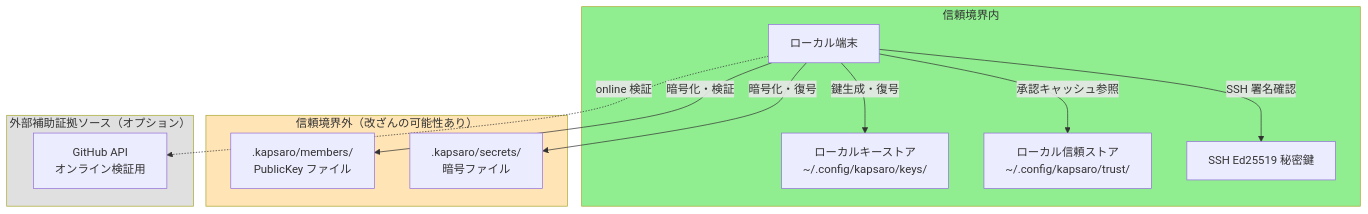
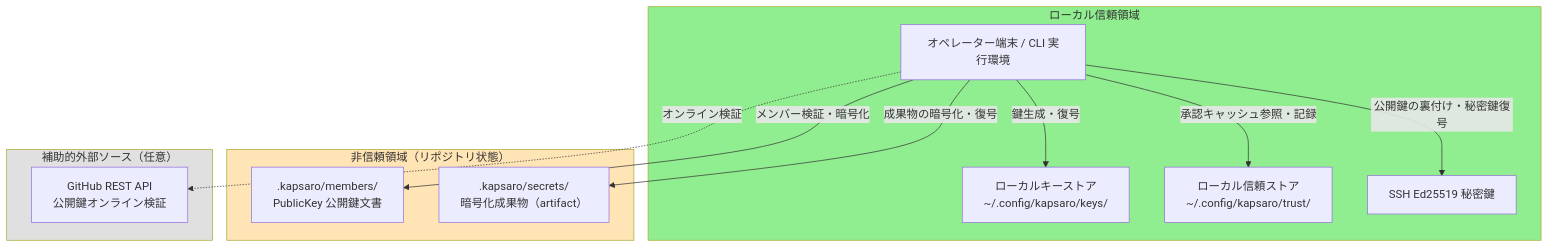
One commit to ebisawa/kapsaro changed the first of 6 diagrams in guides/security_design_ja.md. Above: the diagram before and after it, drawn with Mermaid. The commit also changed other lines of this file and 12 other files, not shown here.

````diff
--- a/guides/security_design_ja.md
+++ b/guides/security_design_ja.md
@@ -165,29 +163,29 @@
 ```mermaid
 graph TB
-    subgraph trusted["信頼境界内"]
-        LocalTerminal[ローカル端末]
+    subgraph trusted["ローカル信頼領域"]
+        LocalTerminal["オペレーター端末 / CLI 実行環境"]
         LocalKeystore["ローカルキーストア<br/>~/.config/kapsaro/keys/"]
         LocalTrustStore["ローカル信頼ストア<br/>~/.config/kapsaro/trust/"]
-        SSHKey[SSH Ed25519 秘密鍵]
+        SSHKey["SSH Ed25519 秘密鍵"]
     end
 
-    subgraph untrusted["信頼境界外（改ざんの可能性あり）"]
-        MembersDir[".kapsaro/members/<br/>PublicKey ファイル"]
-        SecretsDir[".kapsaro/secrets/<br/>暗号ファイル"]
+    subgraph untrusted["非信頼領域（リポジトリ状態）"]
+        MembersDir[".kapsaro/members/<br/>PublicKey 公開鍵文書"]
+        SecretsDir[".kapsaro/secrets/<br/>暗号化成果物（artifact）"]
     end
 
-    subgraph external["外部補助証拠ソース（オプション）"]
-        GitHub["GitHub API<br/>オンライン検証用"]
+    subgraph external["補助的外部ソース（任意）"]
+        GitHub["GitHub REST API<br/>公開鍵オンライン検証"]
     end
 
-    LocalTerminal -->|鍵生成・復号| LocalKeystore
-    LocalTerminal -->|承認キャッシュ参照| LocalTrustStore
-    LocalTerminal -->|SSH 署名確認| SSHKey
-    LocalTerminal -->|暗号化・検証| MembersDir
-    LocalTerminal -->|暗号化・復号| SecretsDir
-    LocalTerminal -.->|online 検証| GitHub
+    LocalTerminal -->|"鍵生成・復号"| LocalKeystore
+    LocalTerminal -->|"承認キャッシュ参照・記録"| LocalTrustStore
+    LocalTerminal -->|"公開鍵の裏付け・秘密鍵復号"| SSHKey
+    LocalTerminal -->|"メンバー検証・暗号化"| MembersDir
+    LocalTerminal -->|"成果物の暗号化・復号"| SecretsDir
+    LocalTerminal -.->|"オンライン検証"| GitHub
 
     style trusted fill:#90EE90
     style untrusted fill:#FFE4B5
     style external fill:#E0E0E0
 ```
````
